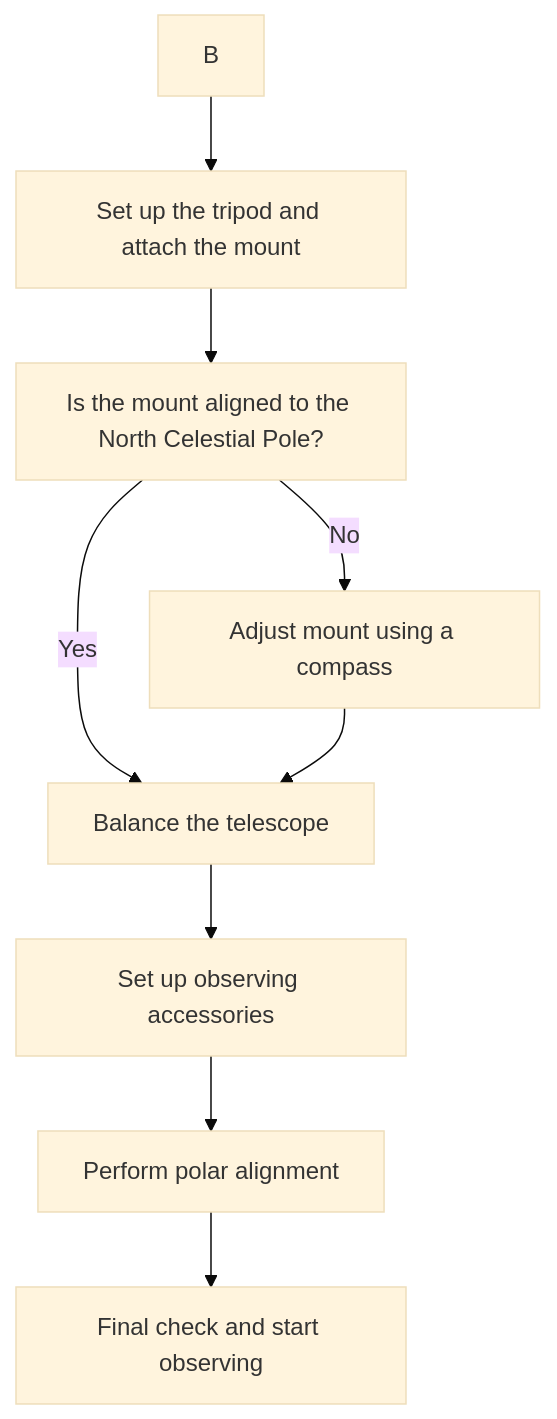
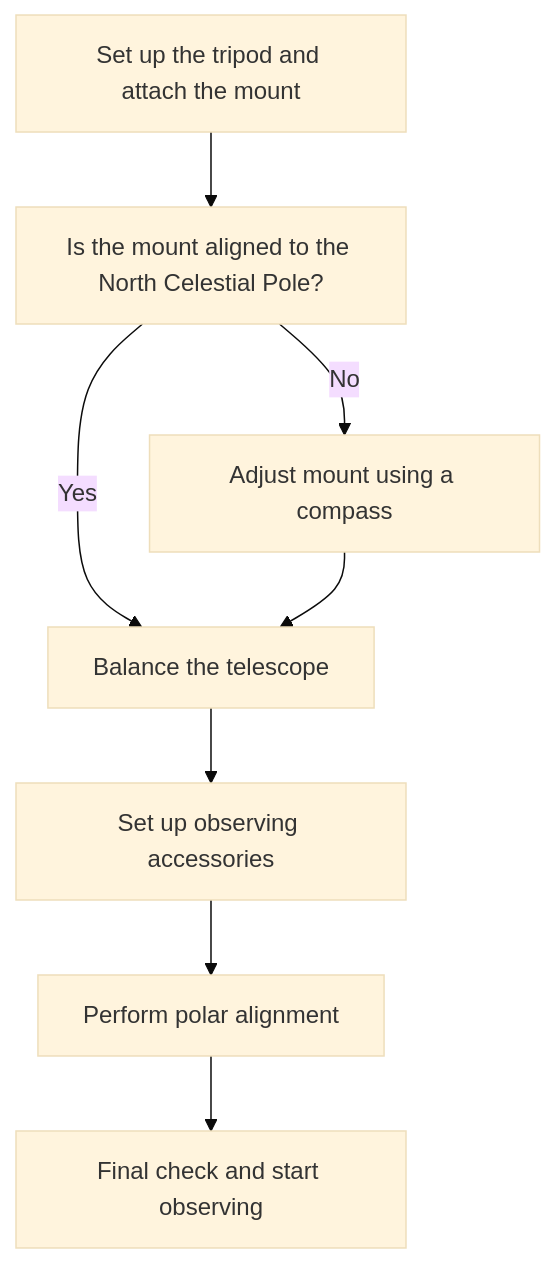
The first of 3 diagrams in slides/Slides.md (upyesp/aas), drawn with Mermaid (base theme) before and after one commit.

Commit message:
remove b ref

```diff
--- a/slides/Slides.md
+++ b/slides/Slides.md
@@ -81,11 +81,11 @@
 <div class="mermaid">
 graph TD
-    B --> C[Set up the tripod and attach the mount]
+    C[Set up the tripod and attach the mount]
     C --> D[Is the mount aligned to the North Celestial Pole?]
     D -- Yes --> E[Balance the telescope]
     D -- No --> F[Adjust mount using a compass]
     F --> E
     E --> G[Set up observing accessories]
     G --> H[Perform polar alignment]
     H --> I[Final check and start observing]
 </div>
```
